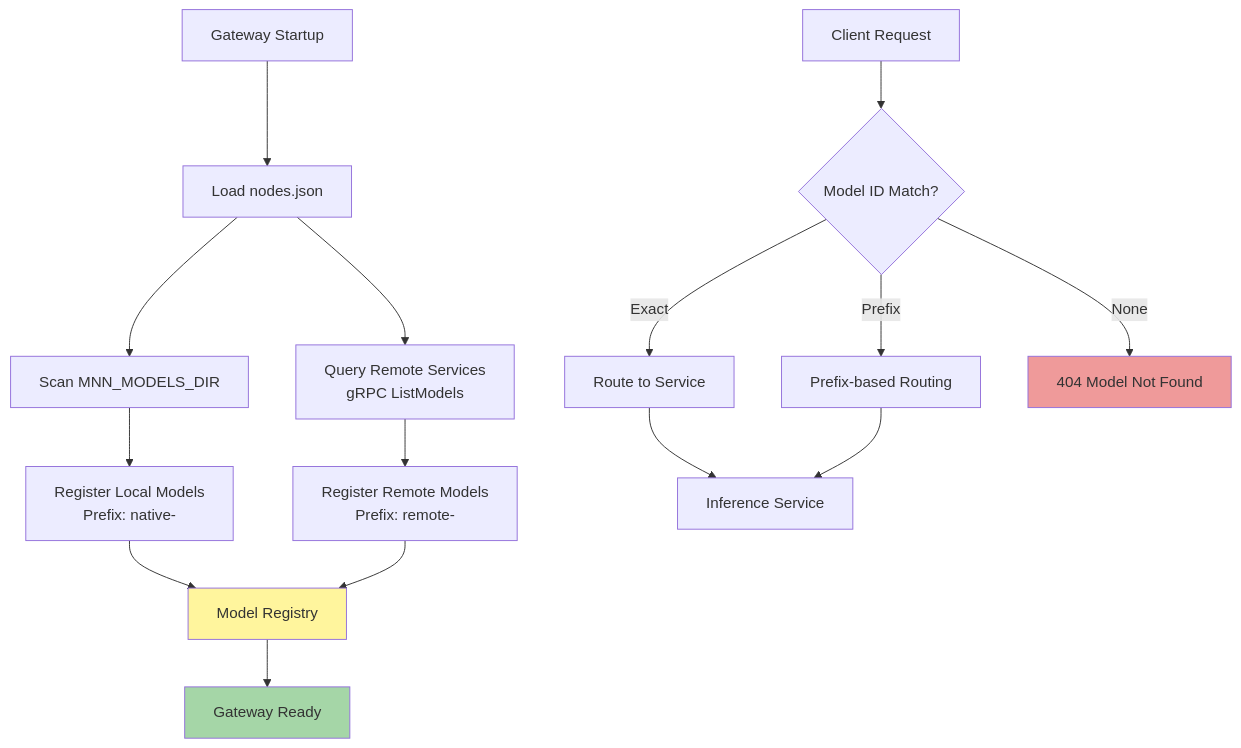
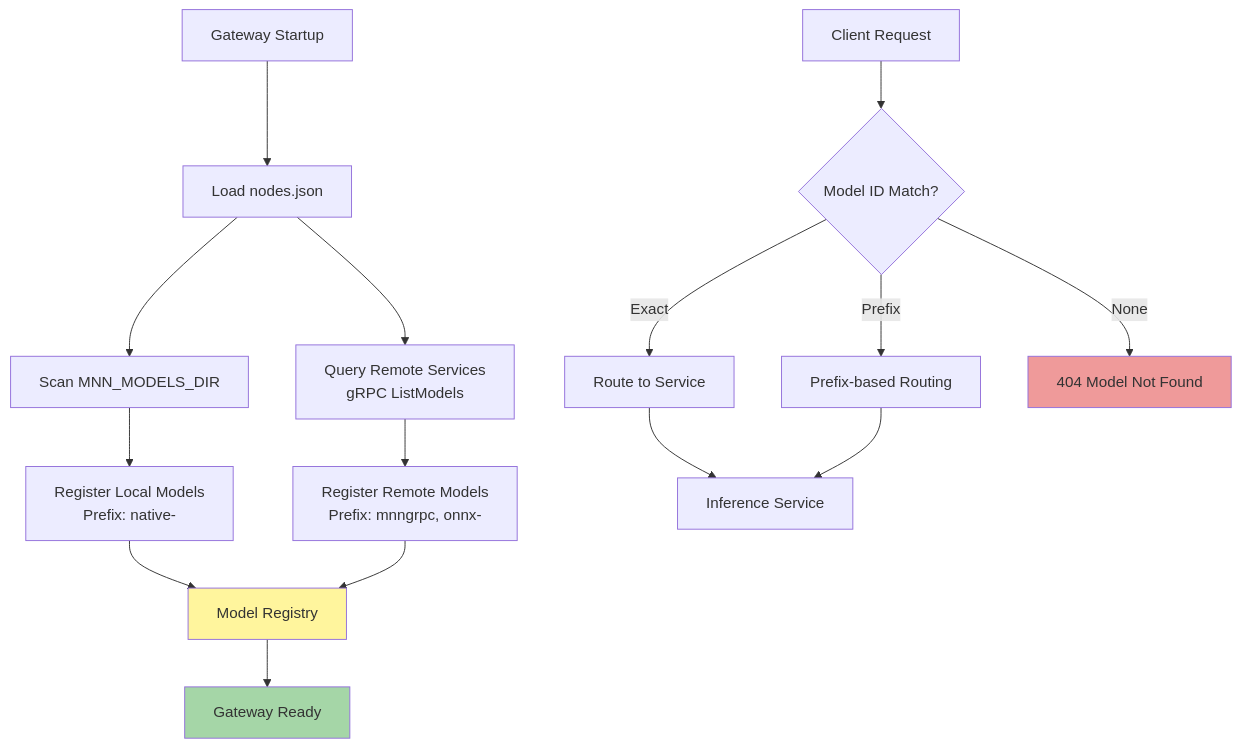
One commit to NickZt/FogAi changed the fifth of 5 diagrams in doc/architecture.md. Above: the diagram before and after it, drawn with Mermaid. The commit also changed other lines of this file and 37 other files, not shown here.

````diff
--- a/doc/architecture.md
+++ b/doc/architecture.md
@@ -206,27 +206,27 @@
 ```mermaid
 flowchart TD
     Start[Gateway Startup] --> LoadConfig[Load nodes.json]
     LoadConfig --> ScanLocal[Scan MNN_MODELS_DIR]
     
     ScanLocal --> LocalModels[Register Local Models<br/>Prefix: native-]
     
     LoadConfig --> QueryRemote[Query Remote Services<br/>gRPC ListModels]
-    QueryRemote --> RemoteModels[Register Remote Models<br/>Prefix: remote-]
+    QueryRemote --> RemoteModels[Register Remote Models<br/>Prefix: mnngrpc, onnx-]
     
     LocalModels --> Registry[Model Registry]
     RemoteModels --> Registry
     
     Registry --> Ready[Gateway Ready]
     
     Client[Client Request] --> Match{Model ID Match?}
     Match -->|Exact| Route1[Route to Service]
     Match -->|Prefix| Route2[Prefix-based Routing]
     Match -->|None| Error[404 Model Not Found]
     
     Route1 --> InferenceService[Inference Service]
     Route2 --> InferenceService
     
     style Registry fill:#fff59d
     style Ready fill:#a5d6a7
     style Error fill:#ef9a9a
 ```
````
